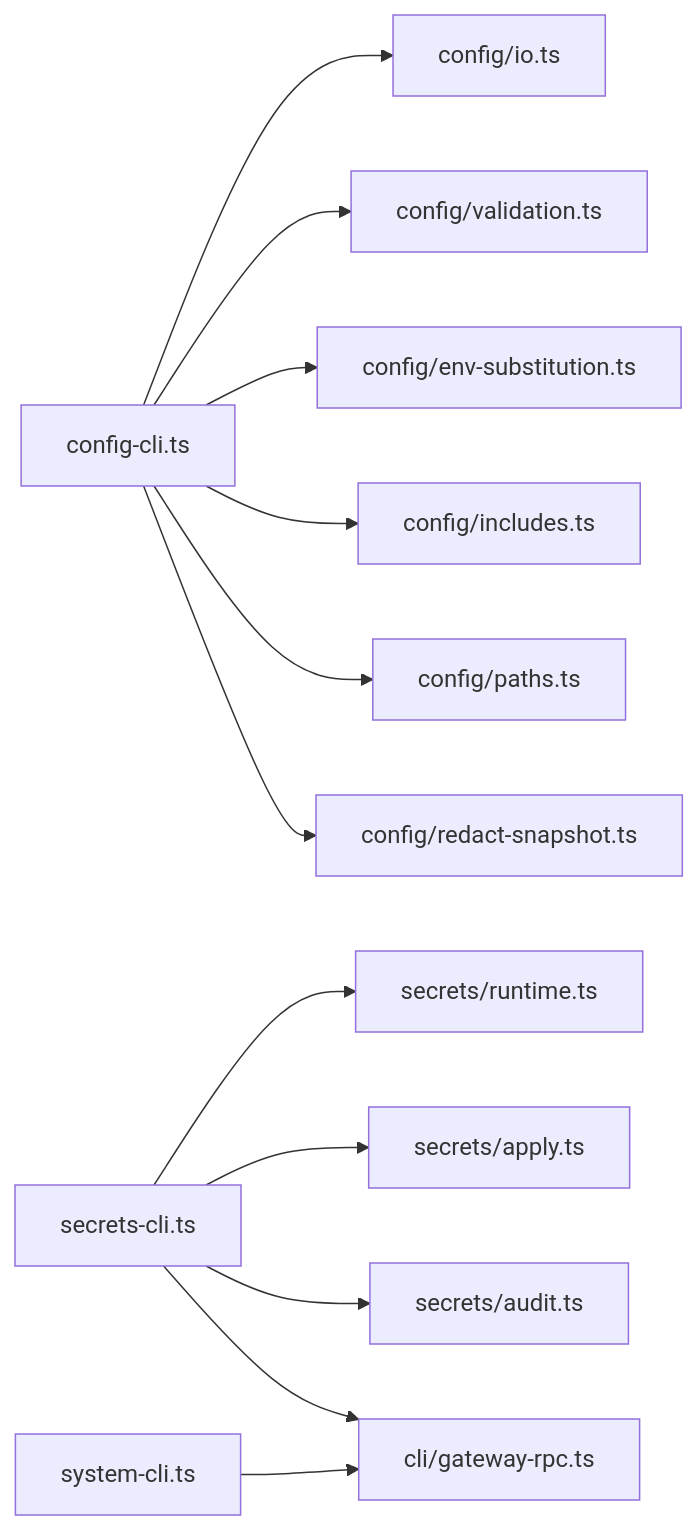
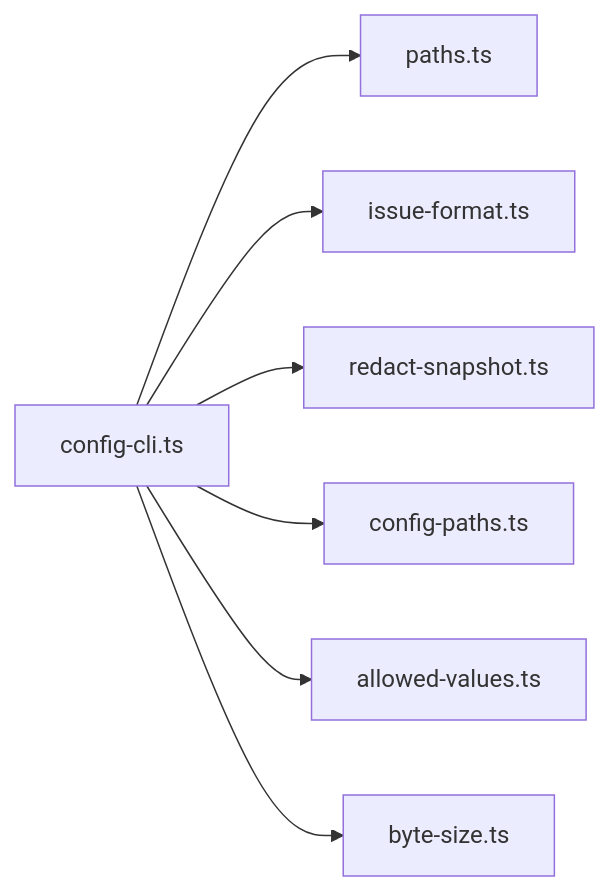
One commit to botx-work/OpenClaw-Internals changed the ninth of 9 diagrams in repowiki/en/content/CLI Interface/Configuration Management.md. Above: the diagram before and after it, drawn with Mermaid. The commit also changed other lines of this file and 332 other files, not shown here.

````diff
--- a/repowiki/en/content/CLI Interface/Configuration Management.md
+++ b/repowiki/en/content/CLI Interface/Configuration Management.md
@@ -274,14 +384,9 @@
 ```mermaid
 graph LR
-CFG_CLI["config-cli.ts"] --> CFG_IO["config/io.ts"]
-CFG_CLI --> CFG_VALID["config/validation.ts"]
-CFG_CLI --> CFG_ENV_SUB["config/env-substitution.ts"]
-CFG_CLI --> CFG_INCLUDES["config/includes.ts"]
-CFG_CLI --> CFG_PATHS["config/paths.ts"]
-CFG_CLI --> CFG_REDACT["config/redact-snapshot.ts"]
-SEC_CLI["secrets-cli.ts"] --> SEC_RT["secrets/runtime.ts"]
-SEC_CLI --> SEC_APPLY["secrets/apply.ts"]
-SEC_CLI --> SEC_AUD["secrets/audit.ts"]
-SEC_CLI --> GW_RPC["cli/gateway-rpc.ts"]
-SYS_CLI["system-cli.ts"] --> GW_RPC
+CLI["config-cli.ts"] --> P["paths.ts"]
+CLI --> IF["issue-format.ts"]
+CLI --> RS["redact-snapshot.ts"]
+CLI --> CP["config-paths.ts"]
+CLI --> AV["allowed-values.ts"]
+CLI --> BS["byte-size.ts"]
 ```
````
